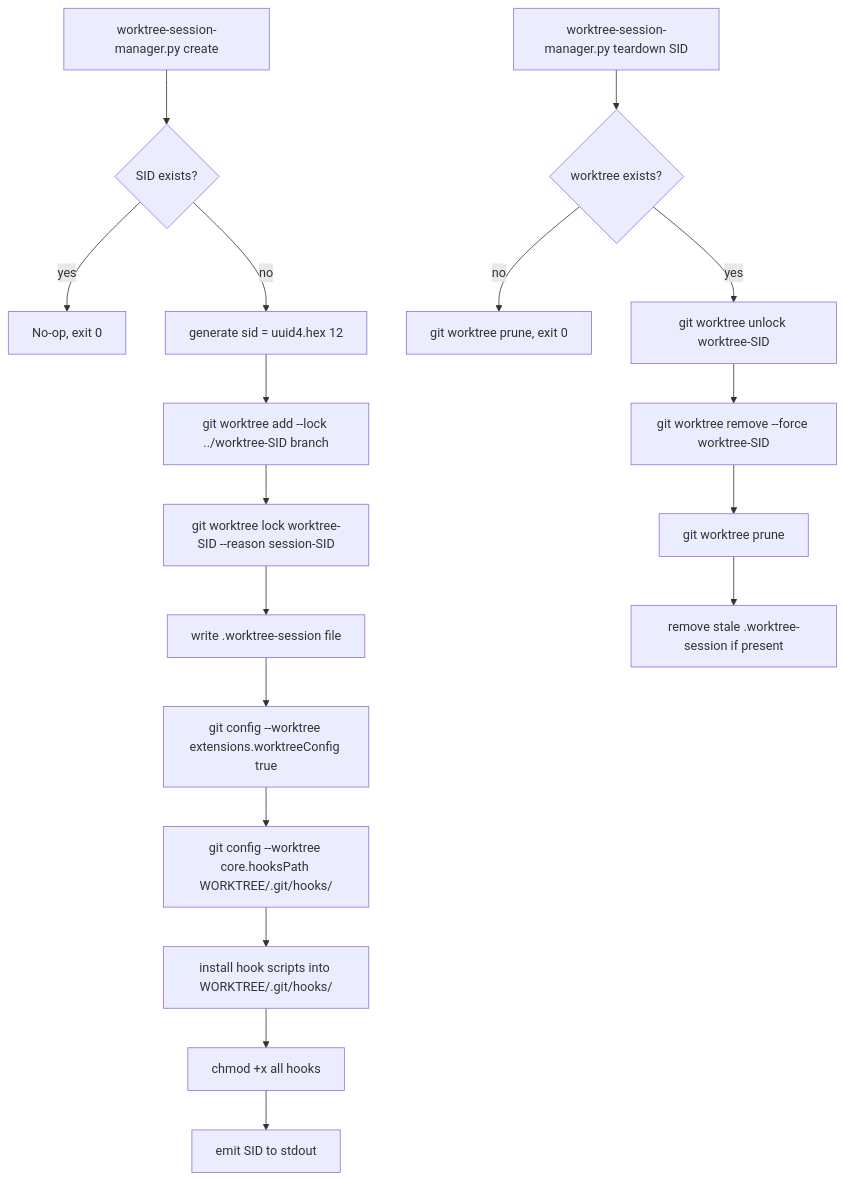
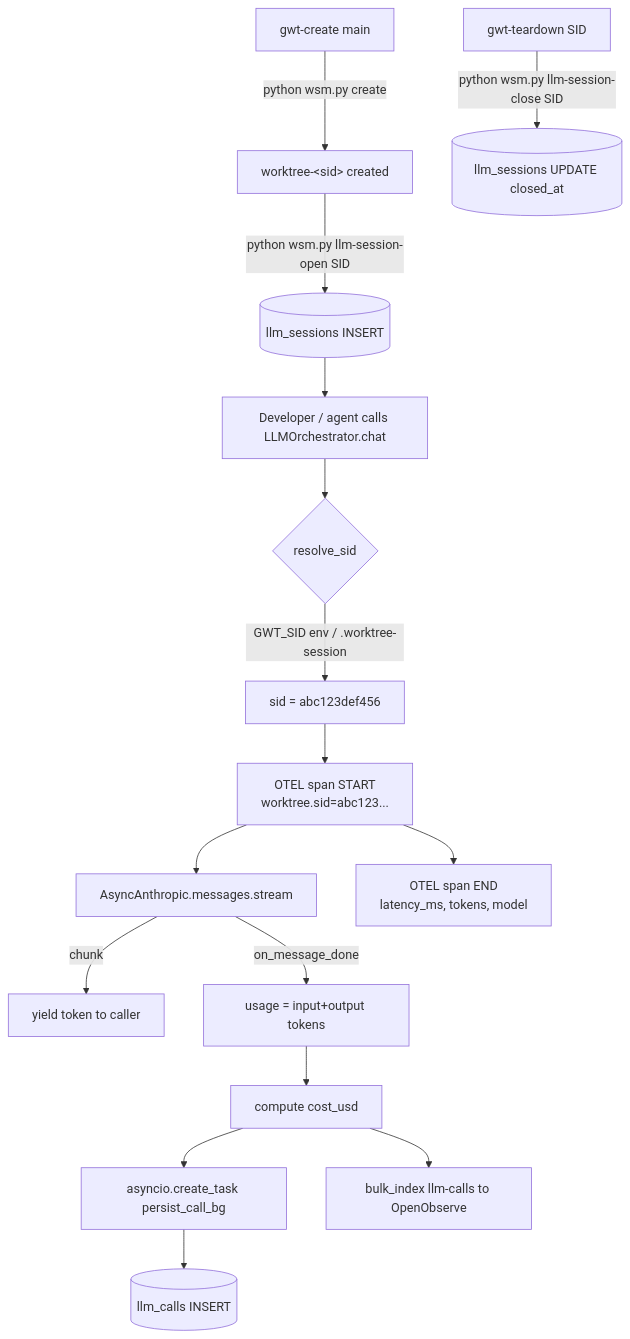
One commit to DCx7C5/cybersecsuite changed the diagram in plan.md. Above: the diagram before and after it, drawn with Mermaid. The commit also changed other lines of this file, not shown here.

````diff
--- a/plan.md
+++ b/plan.md
@@ -92,21 +117,18 @@
 ```mermaid
 flowchart TD
-    A[worktree-session-manager.py create] --> B{SID exists?}
-    B -- yes --> Z[No-op, exit 0]
-    B -- no --> C[generate sid = uuid4.hex 12]
-    C --> D[git worktree add --lock ../worktree-SID branch]
-    D --> E[git worktree lock worktree-SID --reason session-SID]
-    E --> F[write .worktree-session file]
-    F --> G[git config --worktree extensions.worktreeConfig true]
-    G --> H[git config --worktree core.hooksPath WORKTREE/.git/hooks/]
-    H --> I[install hook scripts into WORKTREE/.git/hooks/]
-    I --> J[chmod +x all hooks]
-    J --> K[emit SID to stdout]
-
-    L[worktree-session-manager.py teardown SID] --> M{worktree exists?}
-    M -- no --> N[git worktree prune, exit 0]
-    M -- yes --> O[git worktree unlock worktree-SID]
-    O --> P[git worktree remove --force worktree-SID]
-    P --> Q[git worktree prune]
-    Q --> R[remove stale .worktree-session if present]
+    A[gwt-create main] -->|python wsm.py create| B[worktree-&lt;sid&gt; created]
+    B -->|python wsm.py llm-session-open SID| C[(llm_sessions INSERT)]
+    C --> D[Developer / agent calls LLMOrchestrator.chat]
+    D --> E{resolve_sid}
+    E -->|GWT_SID env / .worktree-session| F[sid = abc123def456]
+    F --> G[OTEL span START\nworktree.sid=abc123...]
+    G --> H[AsyncAnthropic.messages.stream]
+    H -->|chunk| I[yield token to caller]
+    H -->|on_message_done| J[usage = input+output tokens]
+    J --> K[compute cost_usd]
+    K --> L[asyncio.create_task persist_call_bg]
+    K --> M[bulk_index llm-calls to OpenObserve]
+    G --> N[OTEL span END\nlatency_ms, tokens, model]
+    L --> O[(llm_calls INSERT)]
+    P[gwt-teardown SID] -->|python wsm.py llm-session-close SID| Q[(llm_sessions UPDATE closed_at)]
 ```
````
